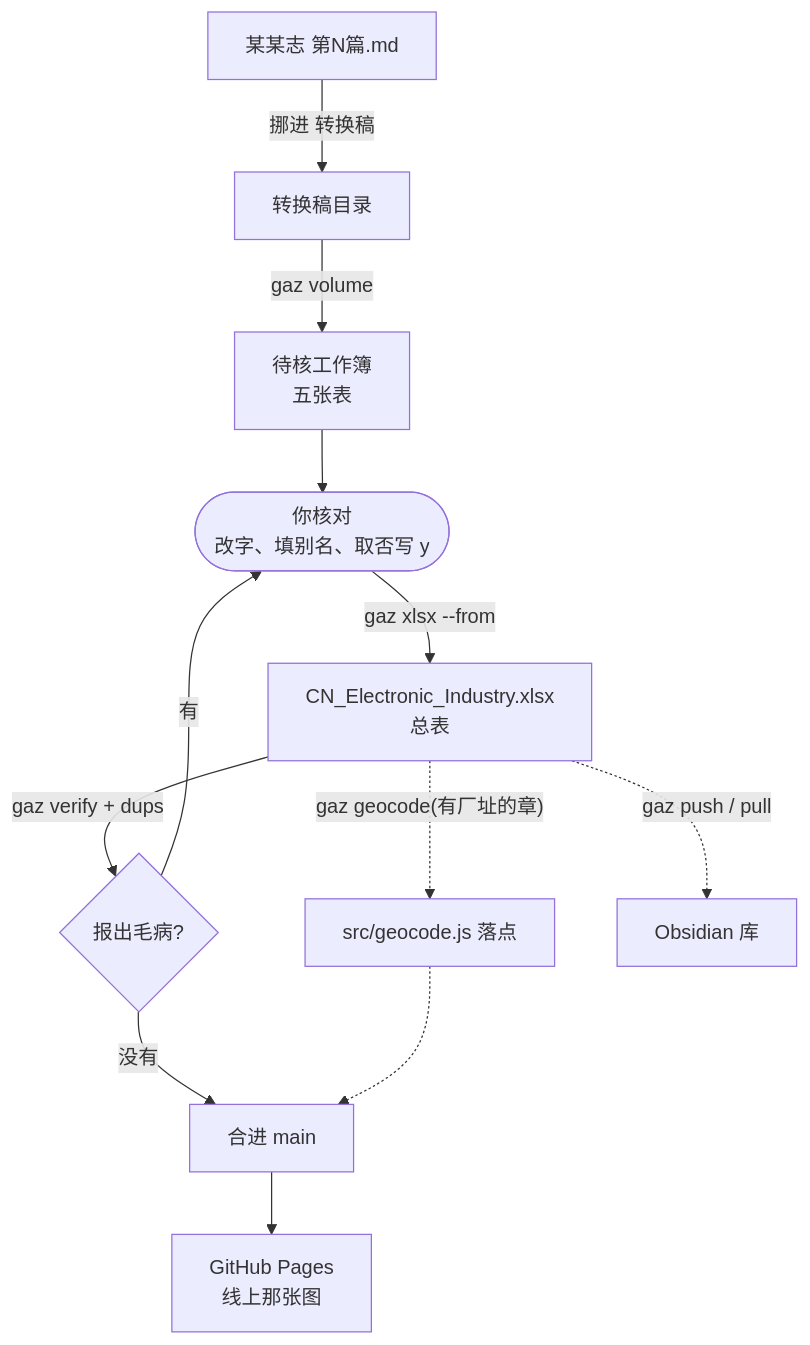
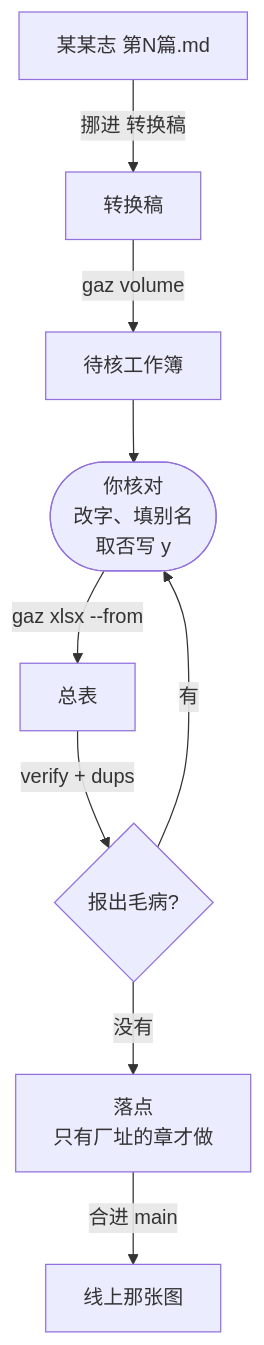
The diagram in tools/gazetteer/电子工业地图流程.md (gantai/Electronic_industry_CN_Map), drawn with Mermaid before and after one commit. The commit also changed other lines of this file, not shown here.

Commit message:
流程图收成一条直线 —— 岔路撑宽了图,得横着拖才看得全
总表那个节点底下岔出三条(验、落点、推库),最宽的一层站了三个节点,
于是整张图横过屏幕,主干被挤到右边看不见。数了一下:改前最宽一层 3 个,
改后 8 层每层都只有 1 个。

落点本来就在主干上(只是有厂址的章才做),挪回队列里;
`npm run dev` 与 `gaz push` 两条真支线不在「稿子 → 线上」这条路上,
从图里拿掉,写成图底下一句话 —— 图是给人看路的,不是把命令列全。

````diff
--- a/tools/gazetteer/电子工业地图流程.md
+++ b/tools/gazetteer/电子工业地图流程.md
@@ -15,14 +15,12 @@
 ```mermaid
+%% 一条直线往下走。岔路越多图越宽,宽了就得横着拖 —— 支线写在正文里,不上图
 flowchart TD
-    A["某某志 第N篇.md"] -->|挪进 转换稿| B["转换稿目录"]
-    B -->|gaz volume| C["待核工作簿<br/>五张表"]
-    C --> R(["你核对<br/>改字、填别名、取否写 y"])
-    R -->|gaz xlsx --from| E["CN_Electronic_Industry.xlsx<br/>总表"]
-    E -->|gaz verify + dups| V{"报出毛病?"}
+    A["某某志 第N篇.md"] -->|挪进 转换稿| B["转换稿"]
+    B -->|gaz volume| C["待核工作簿"]
+    C --> R(["你核对<br/>改字、填别名<br/>取否写 y"])
+    R -->|gaz xlsx --from| E["总表"]
+    E -->|verify + dups| V{"报出毛病?"}
     V -->|有| R
-    V -->|没有| M["合进 main"]
-    M --> H["GitHub Pages<br/>线上那张图"]
-    E -.->|"gaz geocode(有厂址的章)"| F["src/geocode.js 落点"]
-    F -.-> M
-    E -.->|gaz push / pull| I["Obsidian 库"]
+    V -->|没有| G["落点<br/>只有厂址的章才做"]
+    G -->|合进 main| H["线上那张图"]
 ```
````
